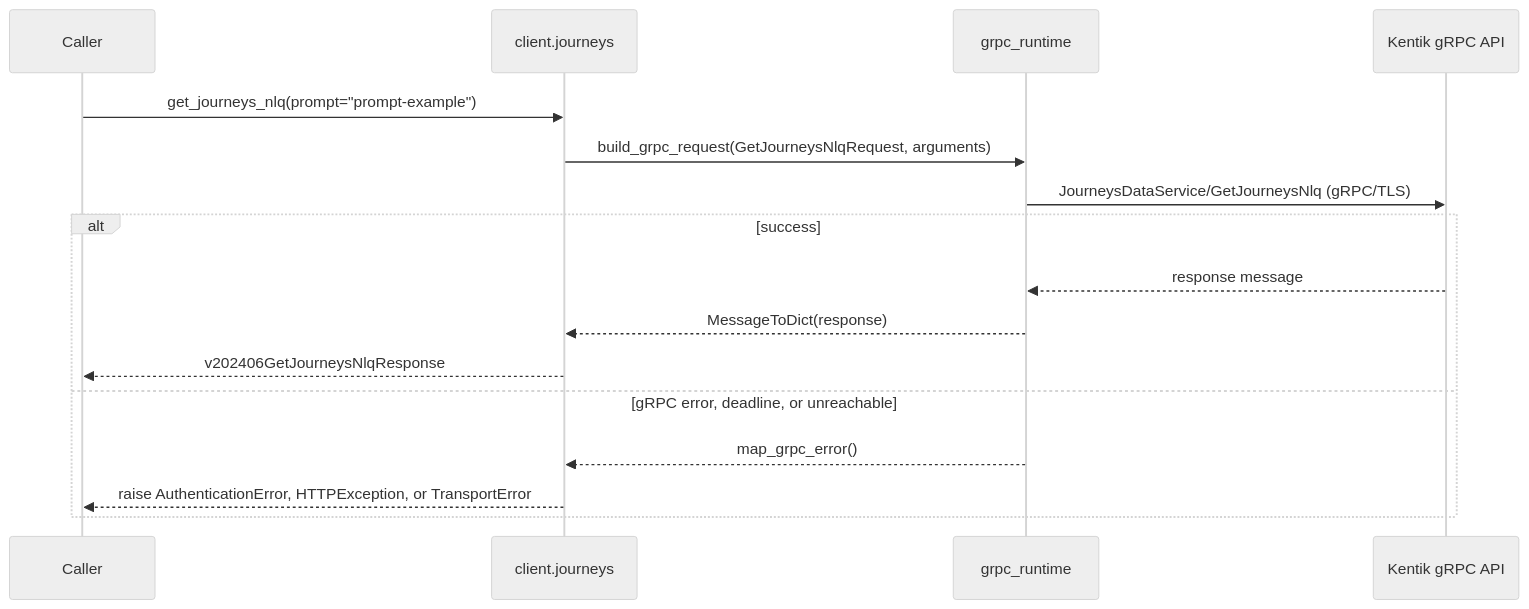
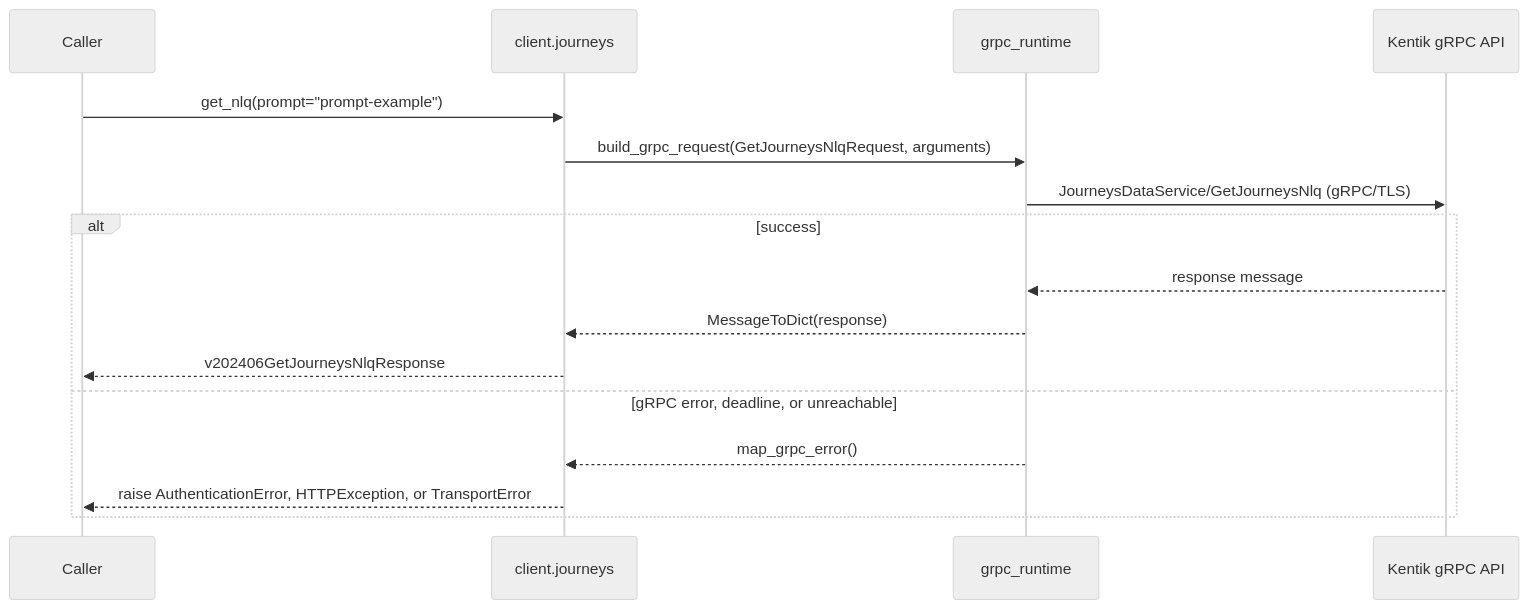
The third of 4 diagrams in docs/sphinx/services/journeys.md (alexdearaujo/community_sdk_python), drawn with Mermaid (neutral theme) before and after one commit. The commit also changed other lines of this file and 28 other files, not shown here.

````diff
--- a/docs/sphinx/services/journeys.md
+++ b/docs/sphinx/services/journeys.md
@@ -59,19 +59,19 @@
 ```mermaid
 sequenceDiagram
     participant C as Caller
     participant W as client.journeys
     participant R as grpc_runtime
     participant API as Kentik gRPC API
 
-    C->>W: get_journeys_nlq(prompt="prompt-example")
+    C->>W: get_nlq(prompt="prompt-example")
     W->>R: build_grpc_request(GetJourneysNlqRequest, arguments)
     R->>API: JourneysDataService/GetJourneysNlq (gRPC/TLS)
     alt success
         API-->>R: response message
         R-->>W: MessageToDict(response)
         W-->>C: v202406GetJourneysNlqResponse
     else gRPC error, deadline, or unreachable
         R-->>W: map_grpc_error()
         W-->>C: raise AuthenticationError, HTTPException, or TransportError
     end
 ```
````
